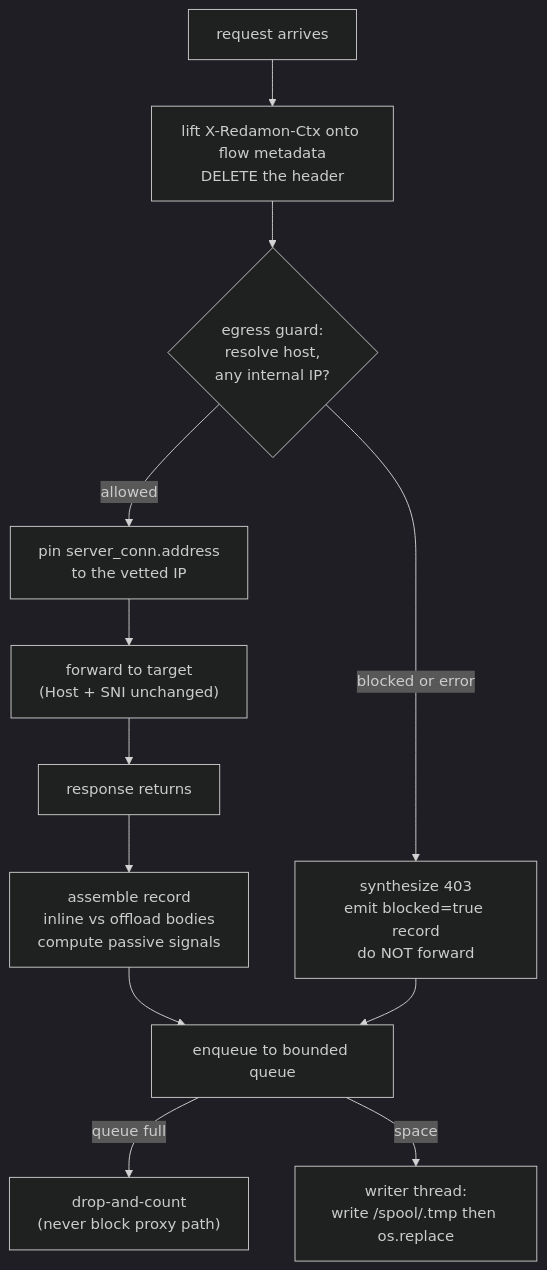
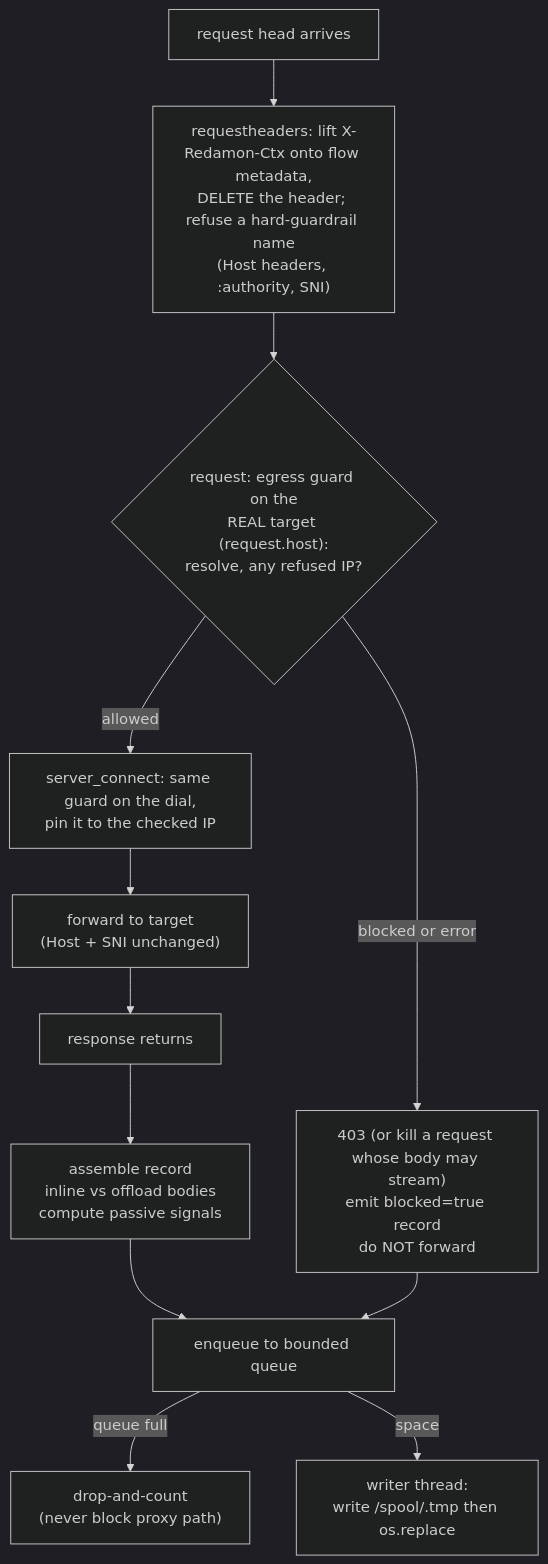
The third of 14 diagrams in docs/readmes/README.TRAFFIC.md (samugit83/redamon), drawn with Mermaid (dark theme) before and after one commit. The commit also changed other lines of this file and 52 other files, not shown here.

````diff
--- a/docs/readmes/README.TRAFFIC.md
+++ b/docs/readmes/README.TRAFFIC.md
@@ -302,14 +318,14 @@
 ```mermaid
 flowchart TD
-    START["request arrives"] --> LIFT["lift X-Redamon-Ctx onto flow metadata<br/>DELETE the header"]
-    LIFT --> GUARD{"egress guard:<br/>resolve host,<br/>any internal IP?"}
-    GUARD -->|"blocked or error"| B403["synthesize 403<br/>emit blocked=true record<br/>do NOT forward"]
-    GUARD -->|allowed| PIN["pin server_conn.address<br/>to the vetted IP"]
+    START["request head arrives"] --> LIFT["requestheaders: lift X-Redamon-Ctx onto flow metadata,<br/>DELETE the header; refuse a hard-guardrail name<br/>(Host headers, :authority, SNI)"]
+    LIFT --> GUARD{"request: egress guard on the<br/>REAL target (request.host):<br/>resolve, any refused IP?"}
+    GUARD -->|"blocked or error"| B403["403 (or kill a request whose body may stream)<br/>emit blocked=true record<br/>do NOT forward"]
+    GUARD -->|allowed| PIN["server_connect: same guard on the dial,<br/>pin it to the checked IP"]
     PIN --> FWD["forward to target<br/>(Host + SNI unchanged)"]
     FWD --> RESP["response returns"]
     RESP --> BUILD["assemble record<br/>inline vs offload bodies<br/>compute passive signals"]
     BUILD --> ENQ["enqueue to bounded queue"]
     ENQ -->|"queue full"| DROP["drop-and-count<br/>(never block proxy path)"]
     ENQ -->|space| WRITE["writer thread:<br/>write /spool/.tmp then os.replace"]
     B403 --> ENQ
 ```
````
